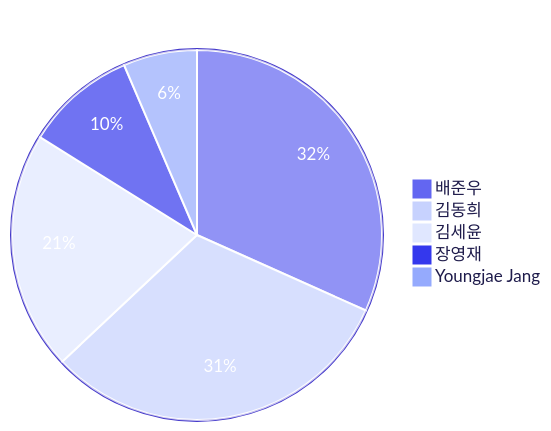
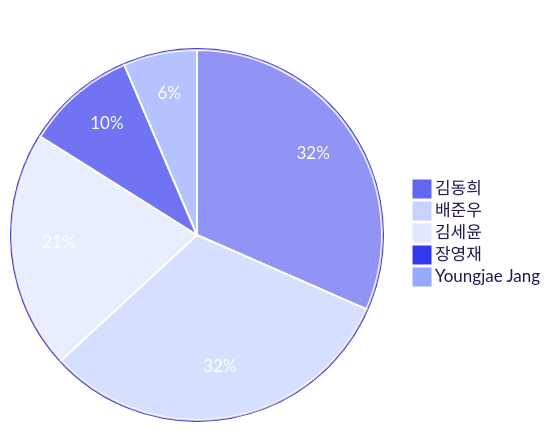
Before and after one commit to 3rd-project-team-1/ALYAC-market-team1: the third of 4 diagrams in README.md, drawn with Mermaid. The commit also changed other lines of this file, not shown here.

````diff
--- a/README.md
+++ b/README.md
@@ -414,18 +414,18 @@
 ```mermaid
 %%{init: { 'theme': 'base', 'themeVariables': {
   'primaryColor': '#6366f1',
   'primaryTextColor': '#ffffff',
   'primaryBorderColor': '#4338ca',
   'secondaryColor': '#c7d2fe',
   'tertiaryColor': '#e0e7ff',
   'pieLegendTextColor': '#1e1b4b',
   'pieStrokeColor': '#ffffff',
   'pieOuterStrokeColor': '#4338ca'
 } } }%%
 pie title 기여자별 커밋 수
+  "김동희" : 167
   "배준우" : 167
-  "김동희" : 165
   "김세윤" : 110
   "장영재" : 51
   "Youngjae Jang" : 34
 ```
````
